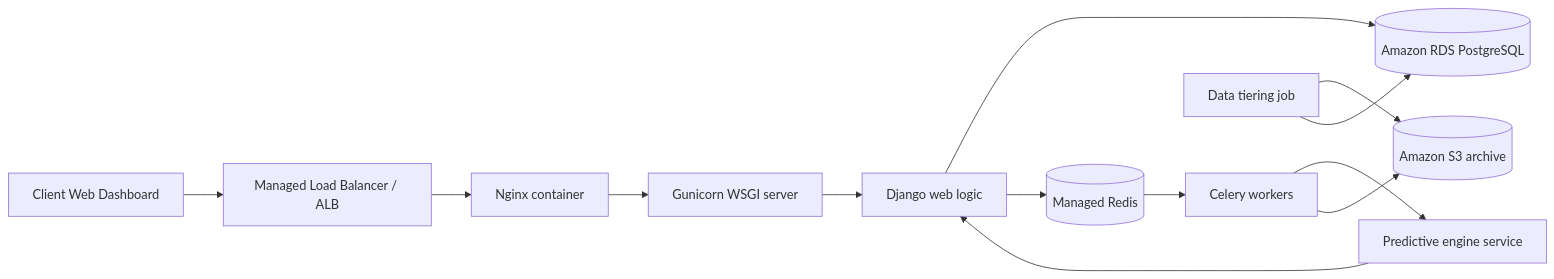
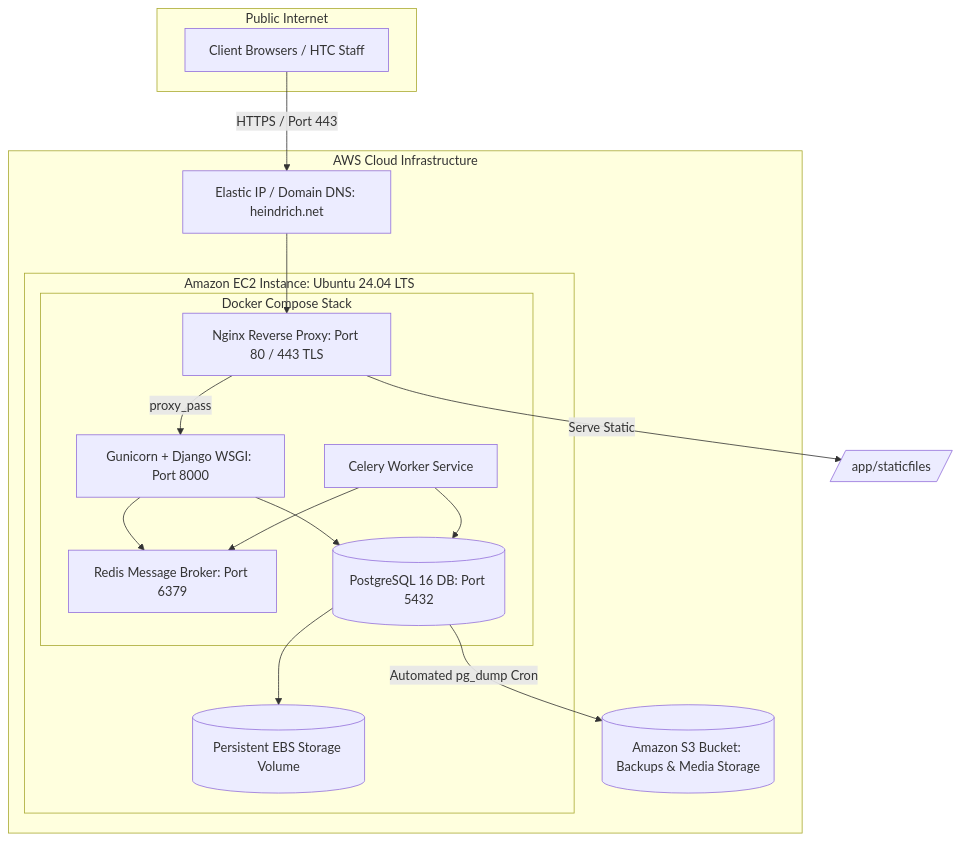
Before and after one commit to porogami63/CAPSTONE-2: the diagram in docs/PHASE_2_ARCHITECTURE_PLAN.md, drawn with Mermaid. The commit also changed other lines of this file and 46 other files, not shown here.

````diff
--- a/docs/PHASE_2_ARCHITECTURE_PLAN.md
+++ b/docs/PHASE_2_ARCHITECTURE_PLAN.md
@@ -27,15 +22,34 @@
 ```mermaid
-flowchart LR
-    Browser[Client Web Dashboard] --> ALB[Managed Load Balancer / ALB]
-    ALB --> Nginx[Nginx container]
-    Nginx --> Gunicorn[Gunicorn WSGI server]
-    Gunicorn --> Django[Django web logic]
-    Django --> RDS[(Amazon RDS PostgreSQL)]
-    Django --> Redis[(Managed Redis)]
-    Redis --> Celery[Celery workers]
-    Celery --> Predictive[Predictive engine service]
-    Celery --> S3[(Amazon S3 archive)]
-    Predictive --> Django
-    DataTier[Data tiering job] --> S3
-    DataTier --> RDS
+flowchart TD
+    subgraph Internet [Public Internet]
+        Users[Client Browsers / HTC Staff]
+    end
+
+    subgraph AWS [AWS Cloud Infrastructure]
+        EIP[Elastic IP / Domain DNS: heindrich.net]
+        
+        subgraph EC2 [Amazon EC2 Instance: Ubuntu 24.04 LTS]
+            subgraph DockerStack [Docker Compose Stack]
+                Nginx[Nginx Reverse Proxy: Port 80 / 443 TLS]
+                Gunicorn[Gunicorn + Django WSGI: Port 8000]
+                CeleryWorker[Celery Worker Service]
+                Redis[Redis Message Broker: Port 6379]
+                Postgres[(PostgreSQL 16 DB: Port 5432)]
+            end
+            EBS[(Persistent EBS Storage Volume)]
+        end
+
+        S3[(Amazon S3 Bucket: Backups & Media Storage)]
+    end
+
+    Users -->|HTTPS / Port 443| EIP
+    EIP --> Nginx
+    Nginx -->|proxy_pass| Gunicorn
+    Nginx -->|Serve Static| StaticVolume[/app/staticfiles/]
+    Gunicorn --> Postgres
+    Gunicorn --> Redis
+    CeleryWorker --> Redis
+    CeleryWorker --> Postgres
+    Postgres -->|Automated pg_dump Cron| S3
+    Postgres --> EBS
 ```
````
